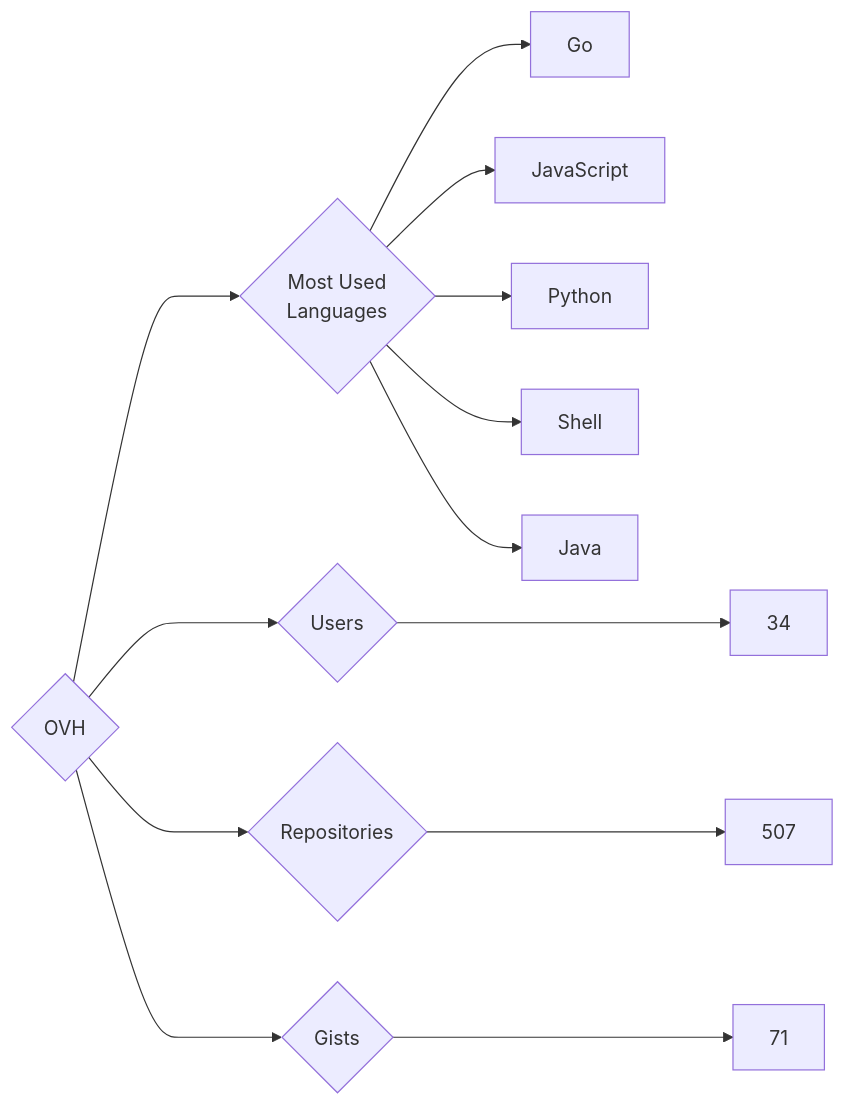
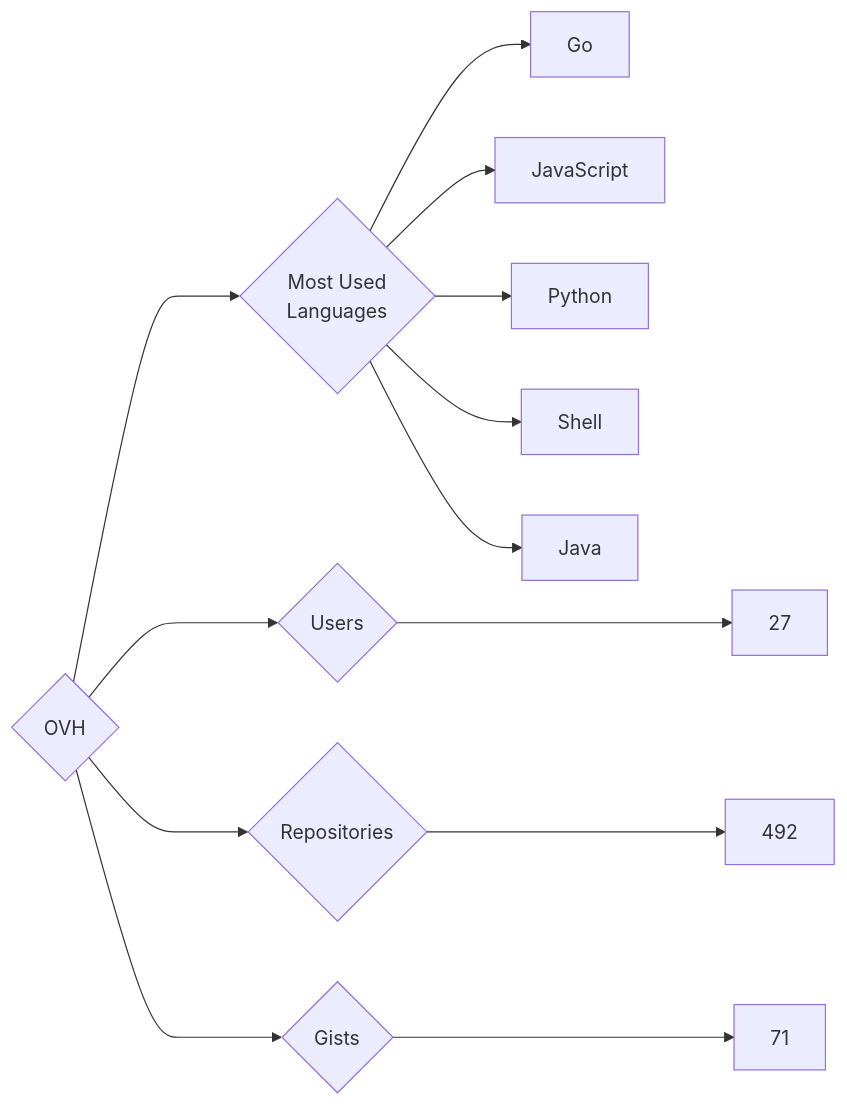
The diagram in targets/OVH/README.md (trickest/insiders), drawn with Mermaid before and after one commit. The commit also changed 682 other files, not shown here.

````diff
--- a/targets/OVH/README.md
+++ b/targets/OVH/README.md
@@ -3,13 +3,13 @@
 ```mermaid
 graph LR
 COMPANY_NAME{OVH}
-COMPANY_NAME ---> U{Users} ---> UN[34]
-COMPANY_NAME ---> R{Repositories} ---> RN[507]
+COMPANY_NAME ---> U{Users} ---> UN[27]
+COMPANY_NAME ---> R{Repositories} ---> RN[492]
 COMPANY_NAME ---> G{Gists} ---> GN[71]
 COMPANY_NAME ---> ML{Most Used<br>Languages}
 ML --> Go[Go]
 ML --> JavaScript[JavaScript]
 ML --> Python[Python]
 ML --> Shell[Shell]
 ML --> Java[Java]
 ```
````
